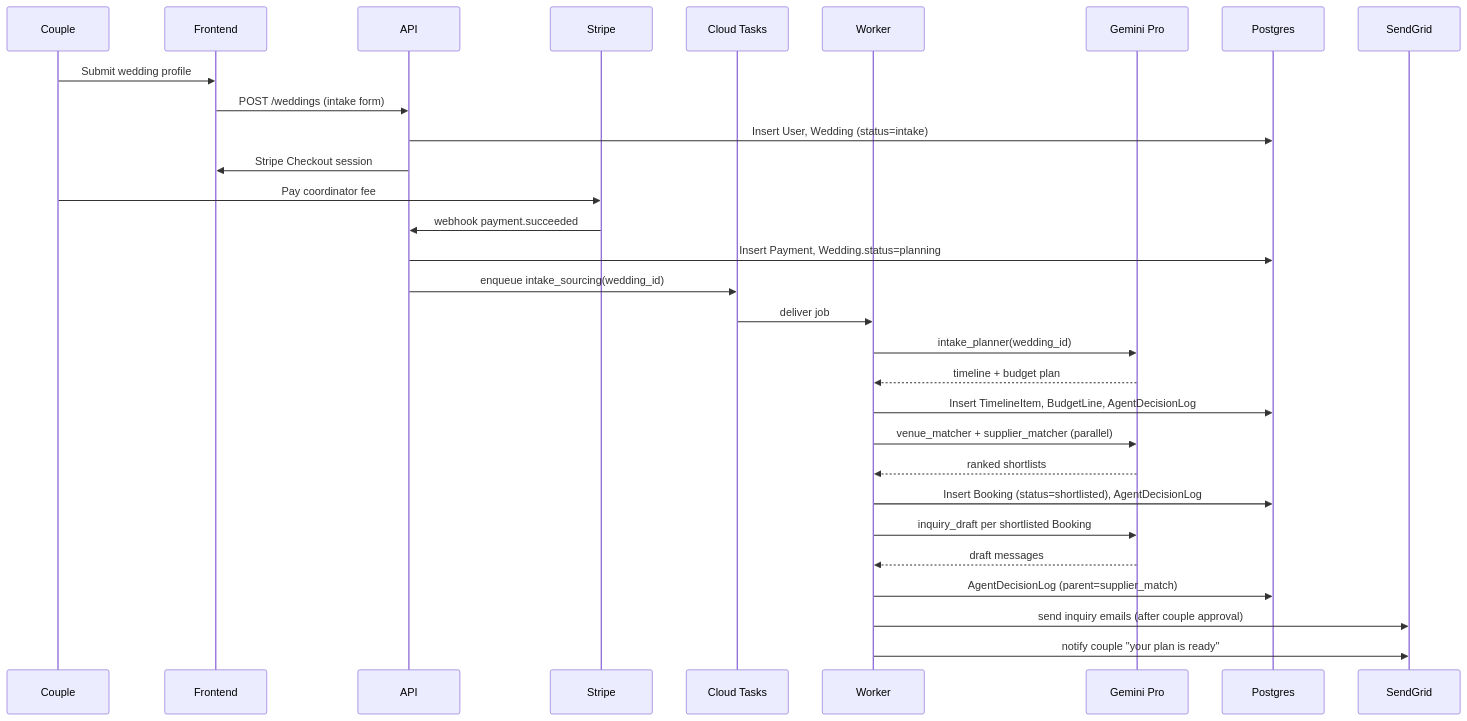
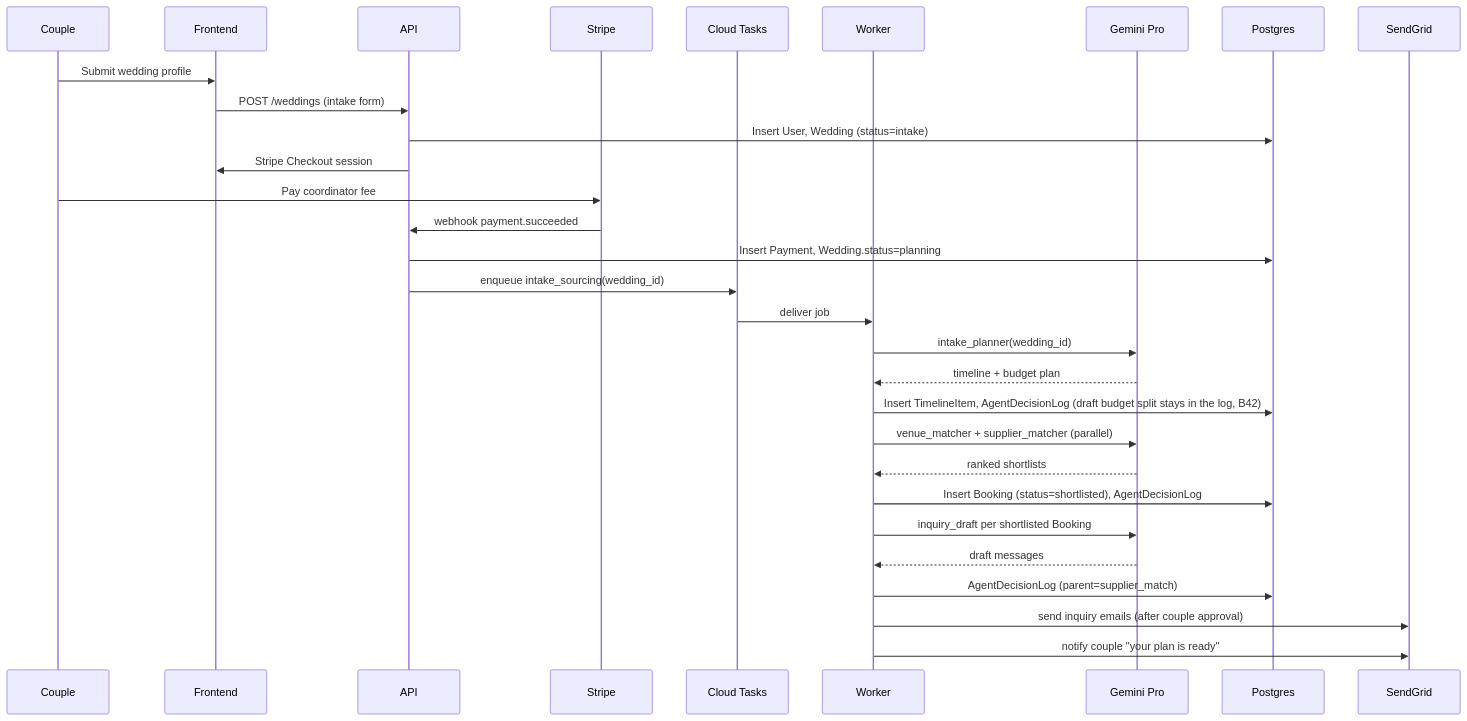
The second of 4 diagrams in docs/architecture.md (abbieburton4-ux/AI-Wedding-Coordinator-), drawn with Mermaid before and after one commit. The commit also changed 9 other files, not shown here.

````diff
--- a/docs/architecture.md
+++ b/docs/architecture.md
@@ -162,33 +162,33 @@
 ```mermaid
 sequenceDiagram
   participant C as Couple
   participant FE as Frontend
   participant API
   participant Stripe
   participant Q as Cloud Tasks
   participant W as Worker
   participant Gem as Gemini Pro
   participant PG as Postgres
   participant SG as SendGrid
 
   C->>FE: Submit wedding profile
   FE->>API: POST /weddings (intake form)
   API->>PG: Insert User, Wedding (status=intake)
   API->>FE: Stripe Checkout session
   C->>Stripe: Pay coordinator fee
   Stripe->>API: webhook payment.succeeded
   API->>PG: Insert Payment, Wedding.status=planning
   API->>Q: enqueue intake_sourcing(wedding_id)
   Q->>W: deliver job
   W->>Gem: intake_planner(wedding_id)
   Gem-->>W: timeline + budget plan
-  W->>PG: Insert TimelineItem, BudgetLine, AgentDecisionLog
+  W->>PG: Insert TimelineItem, AgentDecisionLog (draft budget split stays in the log, B42)
   W->>Gem: venue_matcher + supplier_matcher (parallel)
   Gem-->>W: ranked shortlists
   W->>PG: Insert Booking (status=shortlisted), AgentDecisionLog
   W->>Gem: inquiry_draft per shortlisted Booking
   Gem-->>W: draft messages
   W->>PG: AgentDecisionLog (parent=supplier_match)
   W->>SG: send inquiry emails (after couple approval)
   W->>SG: notify couple "your plan is ready"
 ```
````
